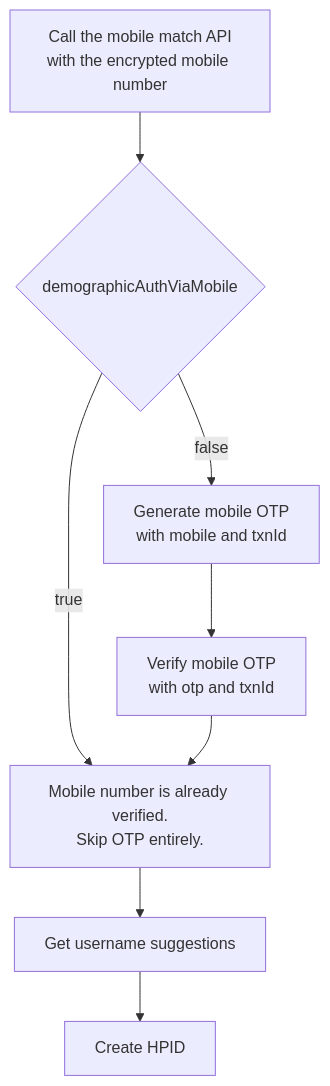
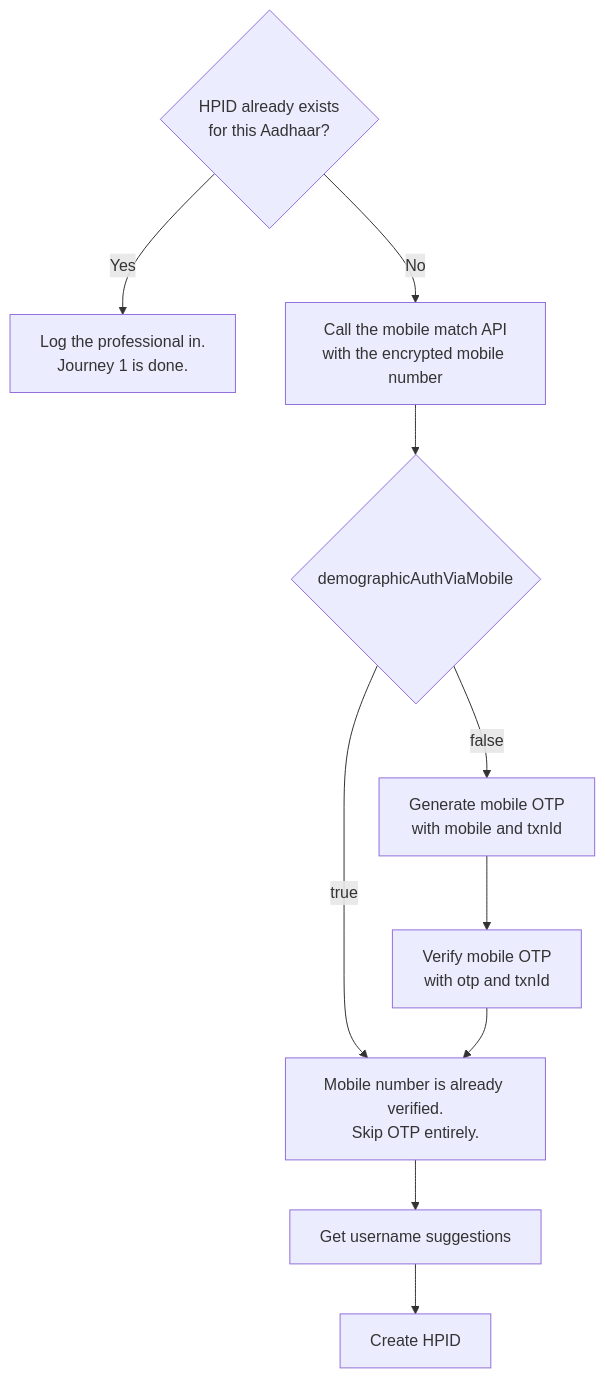
One commit to nha-in/docs changed the second of 6 diagrams in site/docs/hiecm/v3/milestones/m4.mdx. Above: the diagram before and after it, drawn with Mermaid. The commit also changed other lines of this file, not shown here.

First line of the commit message:
docs: M4 says what an existing HPID means and that returning professionals log in

````diff
--- a/site/docs/hiecm/v3/milestones/m4.mdx
+++ b/site/docs/hiecm/v3/milestones/m4.mdx
@@ -138,10 +140,13 @@
 ```mermaid
 flowchart TD
+    Z{"HPID already exists<br/>for this Aadhaar?"}
+    Z -- "Yes" --> Y["Log the professional in.<br/>Journey 1 is done."]
+    Z -- "No" --> A
     A["Call the mobile match API<br/>with the encrypted mobile number"] --> B{"demographicAuthViaMobile"}
     B -- true --> C["Mobile number is already verified.<br/>Skip OTP entirely."]
     B -- false --> D["Generate mobile OTP<br/>with mobile and txnId"]
     D --> E["Verify mobile OTP<br/>with otp and txnId"]
     E --> C
     C --> F["Get username suggestions"]
     F --> G["Create HPID"]
 ```
````
